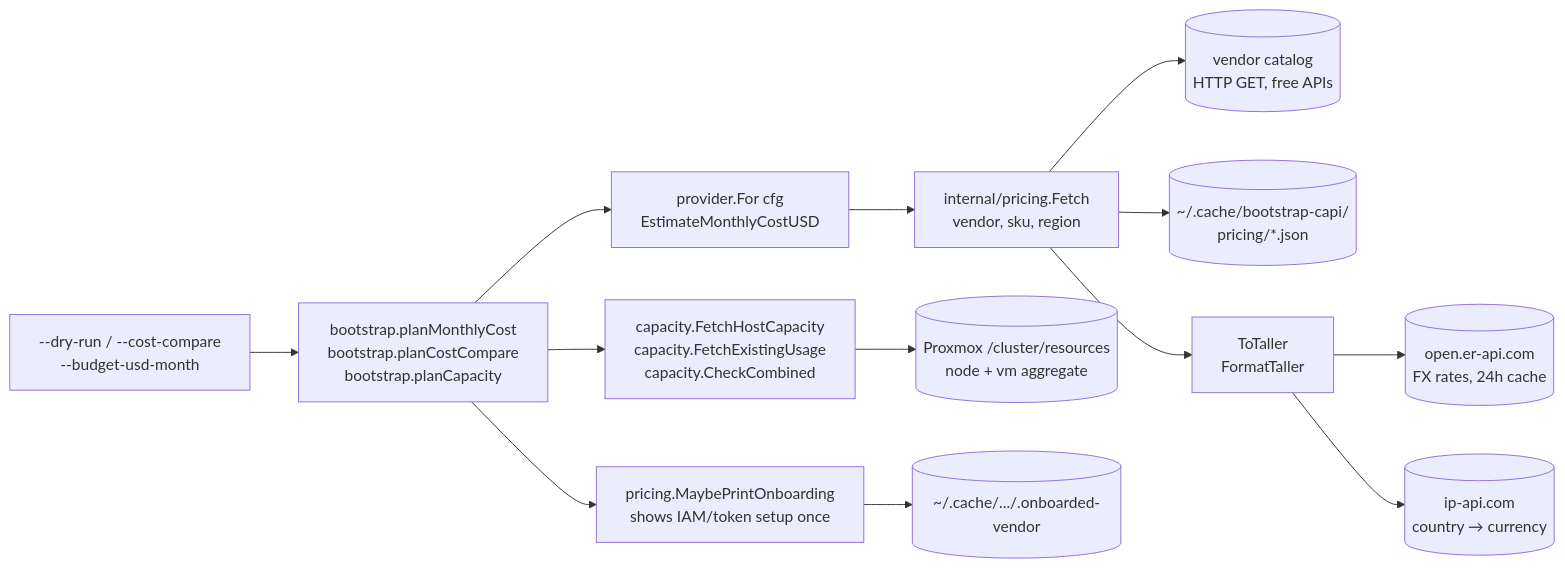
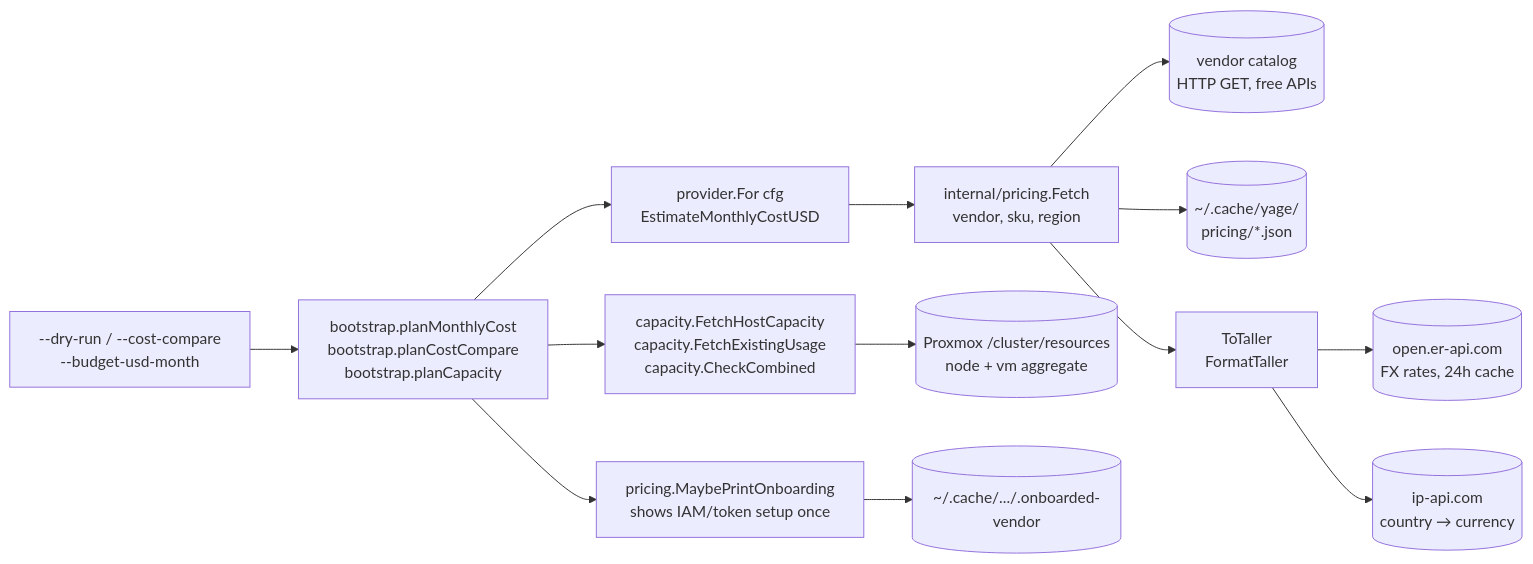
The fourth of 7 diagrams in docs/ARCHITECTURE.md (lpasquali/yage), drawn with Mermaid before and after one commit. The commit also changed other lines of this file and 106 other files, not shown here.

First line of the commit message:
refactor: rename project bootstrap-capi → yage

````diff
--- a/docs/ARCHITECTURE.md
+++ b/docs/ARCHITECTURE.md
@@ -320,15 +320,15 @@
 ```mermaid
 flowchart LR
     cli[--dry-run / --cost-compare<br/>--budget-usd-month] --> plan[bootstrap.planMonthlyCost<br/>bootstrap.planCostCompare<br/>bootstrap.planCapacity]
     plan --> prov[provider.For cfg<br/>EstimateMonthlyCostUSD]
     prov --> pricing[internal/pricing.Fetch<br/>vendor, sku, region]
     pricing --> live[(vendor catalog<br/>HTTP GET, free APIs)]
-    pricing --> cache[(~/.cache/bootstrap-capi/<br/>pricing/*.json)]
+    pricing --> cache[(~/.cache/yage/<br/>pricing/*.json)]
     pricing --> taller[ToTaller<br/>FormatTaller]
     taller --> fx[(open.er-api.com<br/>FX rates, 24h cache)]
     taller --> geo[(ip-api.com<br/>country → currency)]
     plan --> cap[capacity.FetchHostCapacity<br/>capacity.FetchExistingUsage<br/>capacity.CheckCombined]
     cap --> pmx[(Proxmox /cluster/resources<br/>node + vm aggregate)]
     plan --> onboard[pricing.MaybePrintOnboarding<br/>shows IAM/token setup once]
     onboard --> sentinel[(~/.cache/.../.onboarded-vendor)]
 ```
````
